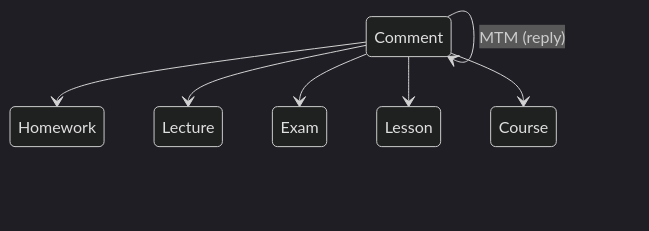
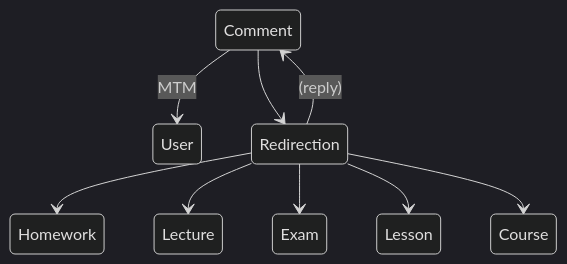
One commit to Schedule-team/server changed the third of 3 diagrams in docs/schema.md. Above: the diagram before and after it, drawn with Mermaid (dark theme). The commit also changed other lines of this file and 2 other files, not shown here.

Commit message:
feat: add UserData model

````diff
--- a/docs/schema.md
+++ b/docs/schema.md
@@ -35,10 +38,13 @@
 ```mermaid
 stateDiagram-v2
-    Comment --> Homework
-    Comment --> Lecture
-    Comment --> Exam
-    Comment --> Lesson
-    Comment --> Course
-    Comment --> Comment : MTM (reply)
+    Comment --> User : MTM
 
+    Comment --> Redirection
+    Redirection --> Comment : (reply)
+
+    Redirection --> Homework
+    Redirection --> Lecture
+    Redirection --> Exam
+    Redirection --> Lesson
+    Redirection --> Course
 ```
````
